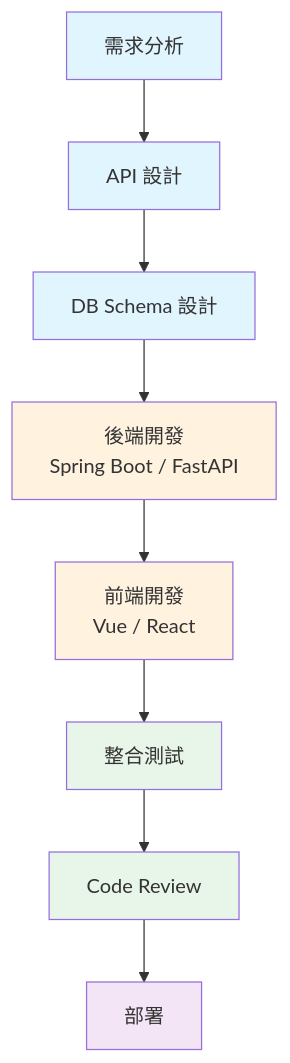
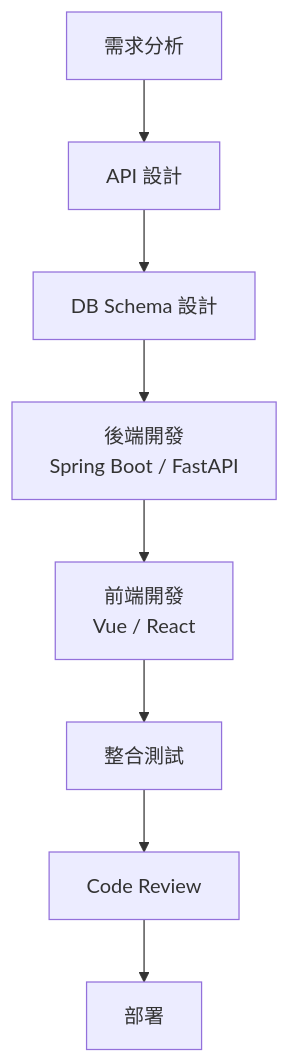
Diagram 11 of 27 in content/posts/教學/AI開發/free-claude-code 教學手冊.md (chihhung/Blog), drawn with Mermaid before and after one commit. The commit also changed other lines of this file and 1 other file, not shown here.

````diff
--- a/content/posts/教學/AI開發/free-claude-code 教學手冊.md
+++ b/content/posts/教學/AI開發/free-claude-code 教學手冊.md
@@ -1209,19 +2026,10 @@
 ```mermaid
 graph TD
     A[需求分析] --> B[API 設計]
     B --> C[DB Schema 設計]
     C --> D[後端開發<br/>Spring Boot / FastAPI]
     D --> E[前端開發<br/>Vue / React]
     E --> F[整合測試]
     F --> G[Code Review]
     G --> H[部署]
-
-    style A fill:#e1f5fe
-    style B fill:#e1f5fe
-    style C fill:#e1f5fe
-    style D fill:#fff3e0
-    style E fill:#fff3e0
-    style F fill:#e8f5e9
-    style G fill:#e8f5e9
-    style H fill:#f3e5f5
 ```
````
